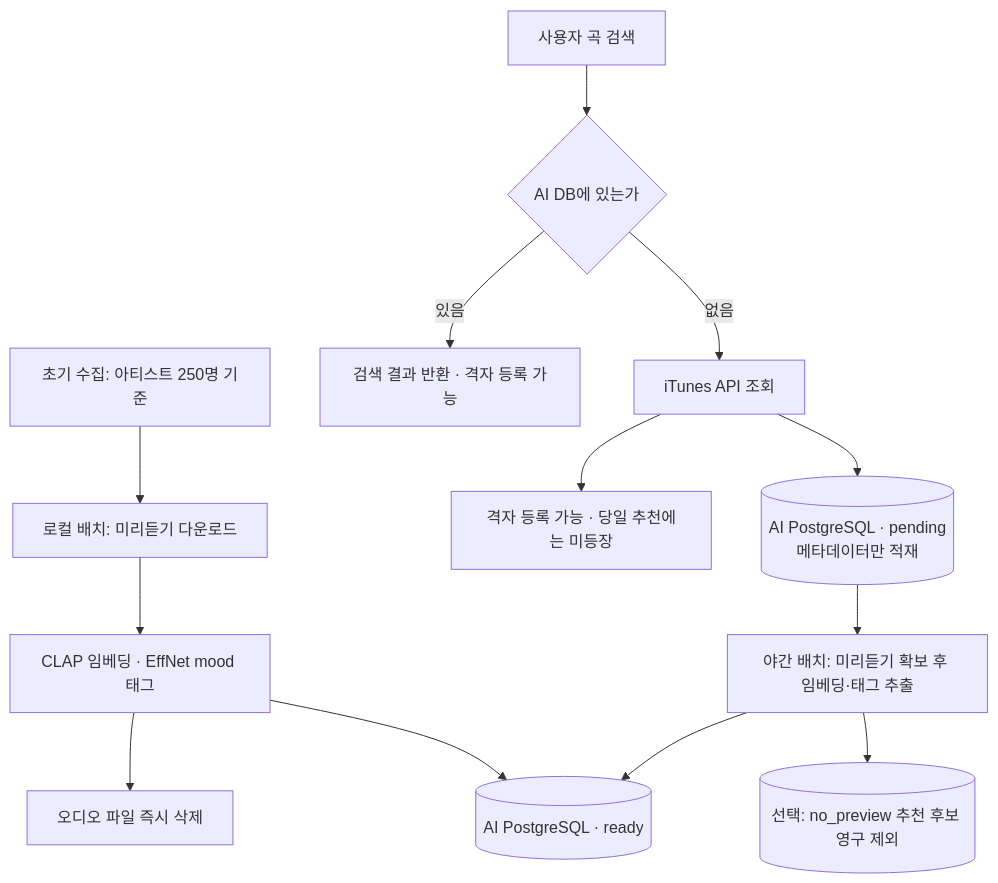
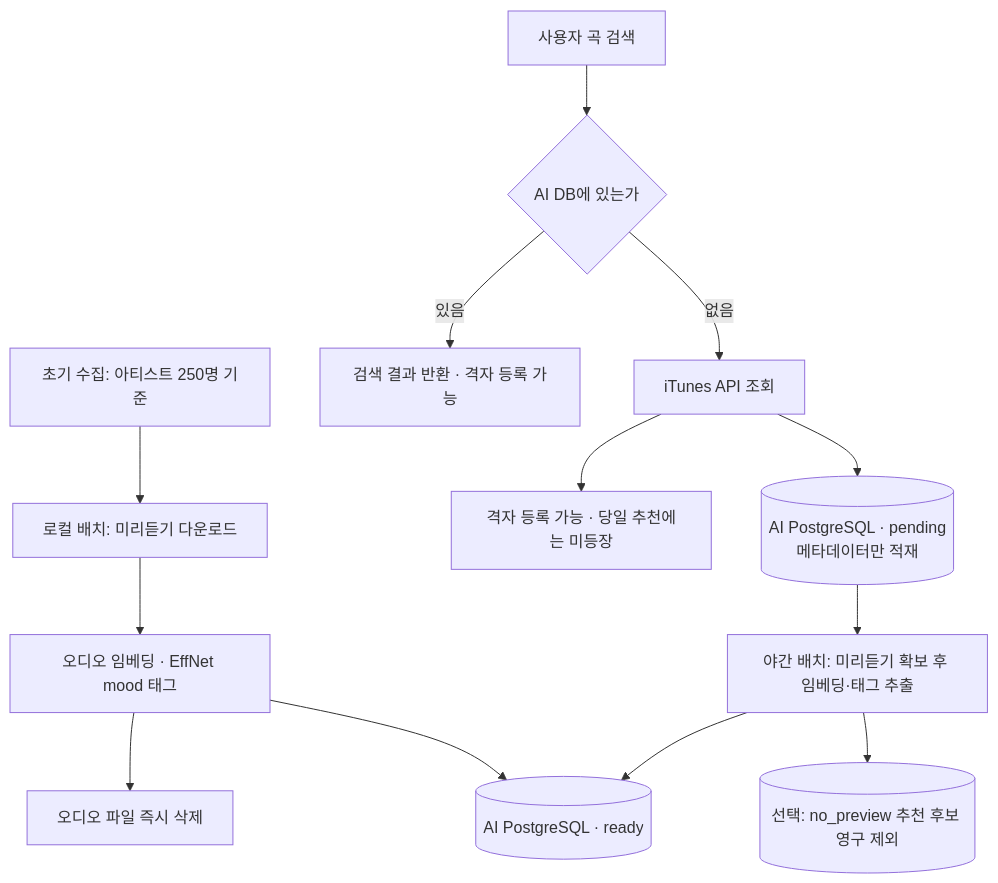
Before and after one commit to 100-hours-a-week/KTB4-18th-AI: the second of 3 diagrams in docs/wiki/week2/08-최종 통합 설계 및 회고.md, drawn with Mermaid. The commit also changed other lines of this file and 2 other files, not shown here.

Commit message:
docs: V1·V2 API 계약과 추천 워크플로우 현행화

````diff
--- a/docs/wiki/week2/08-최종 통합 설계 및 회고.md
+++ b/docs/wiki/week2/08-최종 통합 설계 및 회고.md
@@ -93,17 +98,17 @@
 ```mermaid
 flowchart TB
     INIT[초기 수집: 아티스트 250명 기준] --> LOCAL[로컬 배치: 미리듣기 다운로드]
-    LOCAL --> EMB[CLAP 임베딩 · EffNet mood 태그]
+    LOCAL --> EMB[오디오 임베딩 · EffNet mood 태그]
     EMB --> DEL[오디오 파일 즉시 삭제]
     EMB --> READY[(AI PostgreSQL · ready)]
 
     USER[사용자 곡 검색] --> HIT{AI DB에 있는가}
     HIT -->|있음| USE[검색 결과 반환 · 격자 등록 가능]
     HIT -->|없음| CALL[iTunes API 조회]
     CALL --> USE2[격자 등록 가능 · 당일 추천에는 미등장]
     CALL --> PEND[(AI PostgreSQL · pending<br/>메타데이터만 적재)]
 
     PEND --> CRON[야간 배치: 미리듣기 확보 후 임베딩·태그 추출]
     CRON --> READY
     CRON --> NOPREV[(선택: no_preview 추천 후보 영구 제외)]
 ```
````
